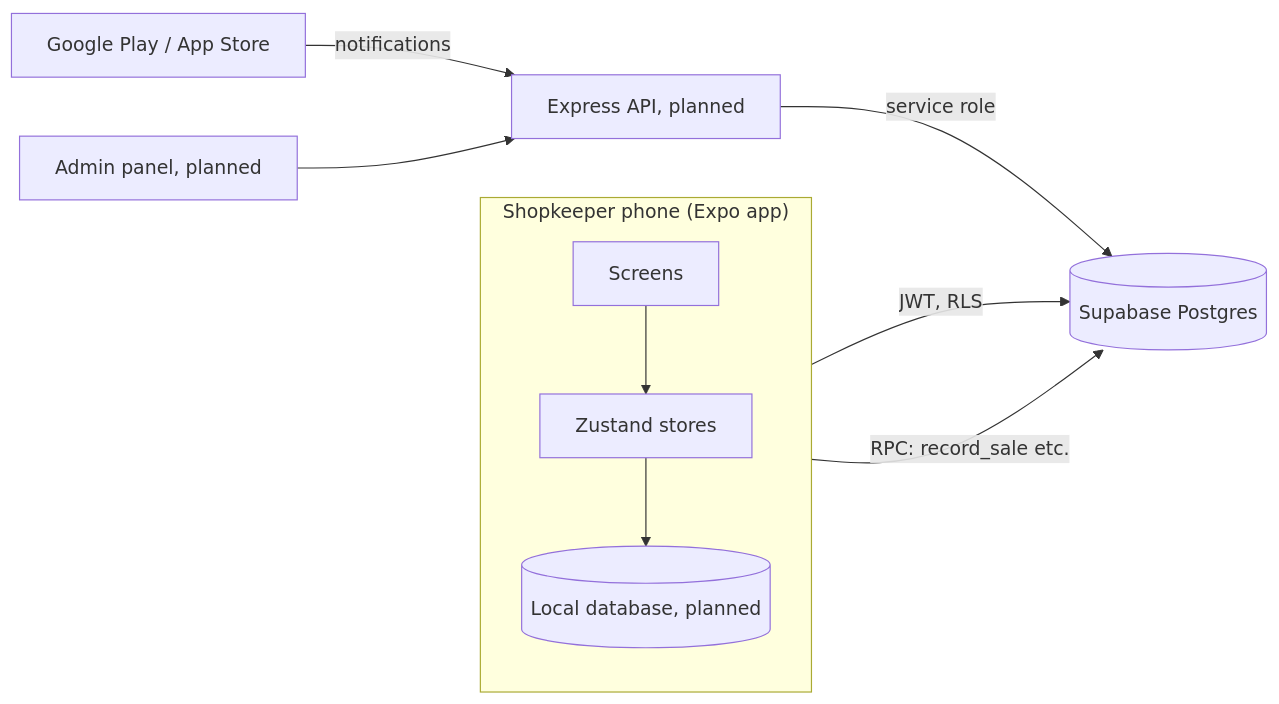
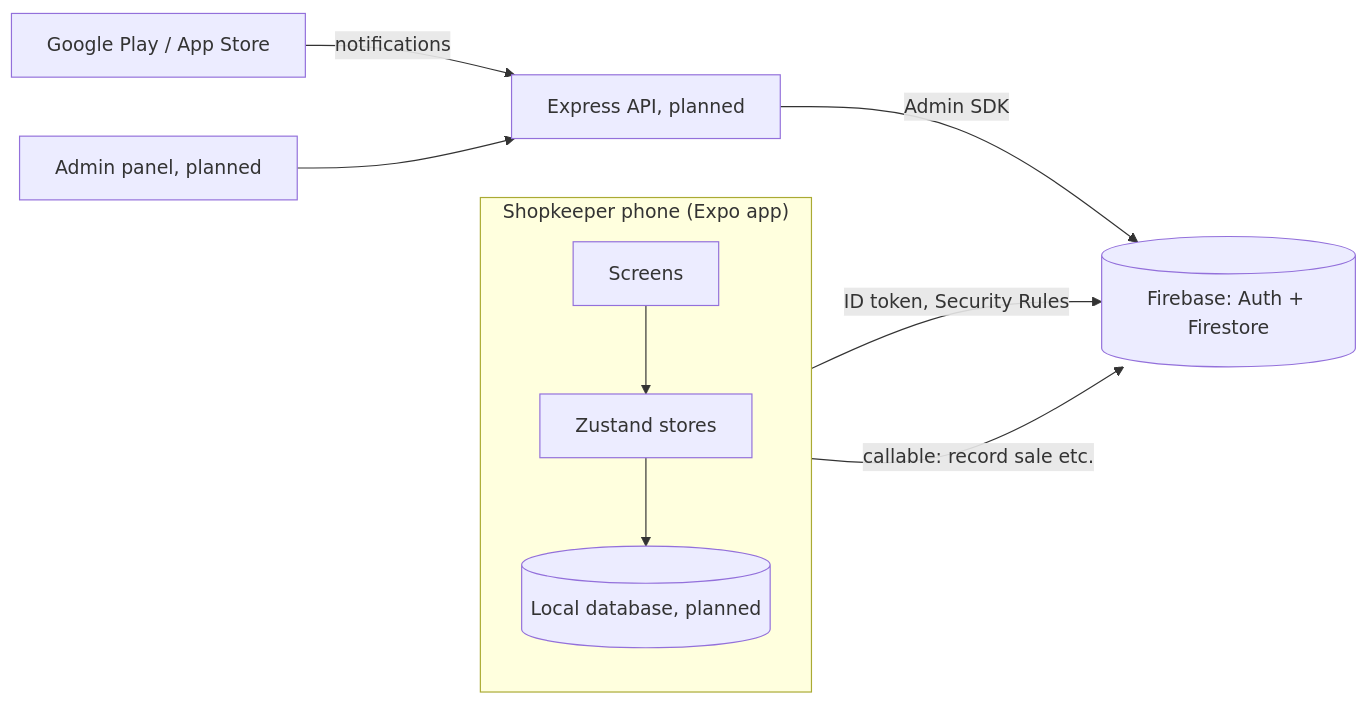
The diagram in docs/architecture.md (MuhammadUmarMalik/dukaan-pos-app), drawn with Mermaid before and after one commit. The commit also changed other lines of this file and 30 other files, not shown here.

First line of the commit message:
refactor(backend)!: replace Supabase with Firebase

````diff
--- a/docs/architecture.md
+++ b/docs/architecture.md
@@ -3,12 +3,12 @@
 ```mermaid
 flowchart LR
   subgraph Phone["Shopkeeper phone (Expo app)"]
     UI[Screens] --> ST[Zustand stores]
     ST --> LDB[(Local database, planned)]
   end
-  Phone -->|JWT, RLS| SB[(Supabase Postgres)]
-  Phone -->|RPC: record_sale etc.| SB
+  Phone -->|ID token, Security Rules| SB[(Firebase: Auth + Firestore)]
+  Phone -->|callable: record sale etc.| SB
   Stores[Google Play / App Store] -->|notifications| API[Express API, planned]
-  API -->|service role| SB
+  API -->|Admin SDK| SB
   Admin[Admin panel, planned] --> API
 ```
````
